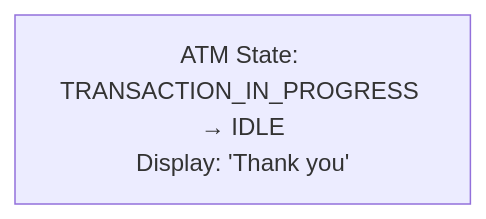
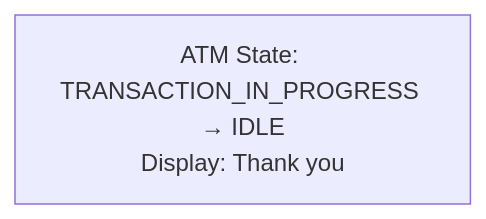
One commit to Prateeshtalasu/SystemDesignGuide changed the third of 13 diagrams in Phase-08-Low-Level-Design/04-atm-system/03-simulation-testing.md. Above: the diagram before and after it, drawn with Mermaid. The commit also changed other lines of this file and 171 other files, not shown here.

Commit message:
Convert ASCII diagrams to Mermaid in Phase-08-Low-Level-Design - Converted 2 ASCII diagrams (library-management state transition, elevator-system class diagram) to Mermaid - Validated all 100 existing Mermaid diagrams - Wrapped ASCII diagrams in collapsible details blocks for reference

````diff
--- a/Phase-08-Low-Level-Design/04-atm-system/03-simulation-testing.md
+++ b/Phase-08-Low-Level-Design/04-atm-system/03-simulation-testing.md
@@ -120,4 +120,4 @@
 ```mermaid
 flowchart TD
-    A["ATM State: TRANSACTION_IN_PROGRESS → IDLE<br/>Display: 'Thank you'"]
+    A["ATM State: TRANSACTION_IN_PROGRESS → IDLE<br/>Display: Thank you"]
 ```
````
